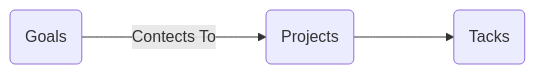
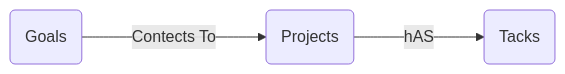
The diagram in all/未命名-2.md (JerryOh/iodraw-files), drawn with Mermaid before and after one commit.

Commit message:
2024-06-06 23:54:43 update

````diff
--- a/all/未命名-2.md
+++ b/all/未命名-2.md
@@ -1,5 +1,5 @@
 ```mermaid
 flowchart LR
 G(Goals) ---> |Contects To| P(Projects)
-P ---> PT(Tacks)
+P ---> |hAS| PT(Tacks)
 ```
````
